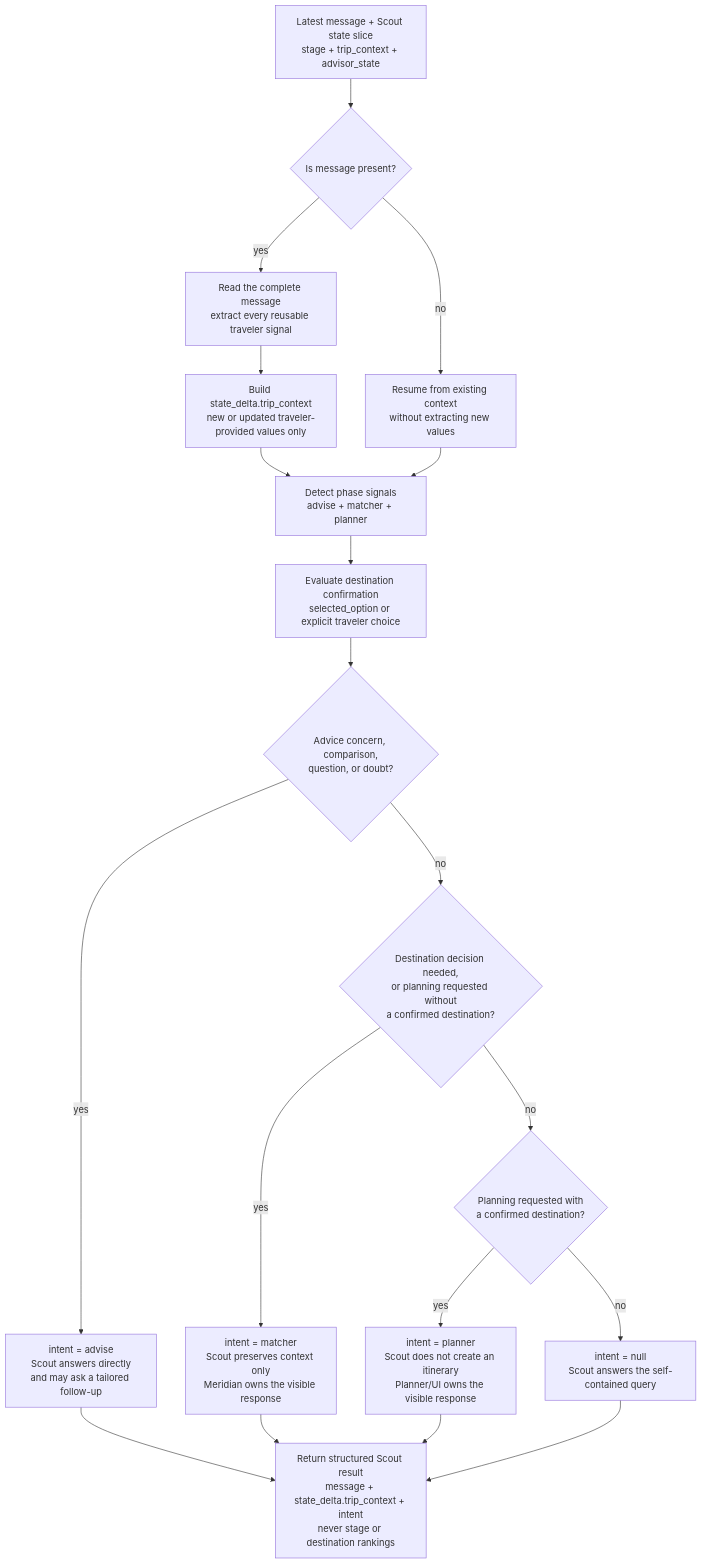
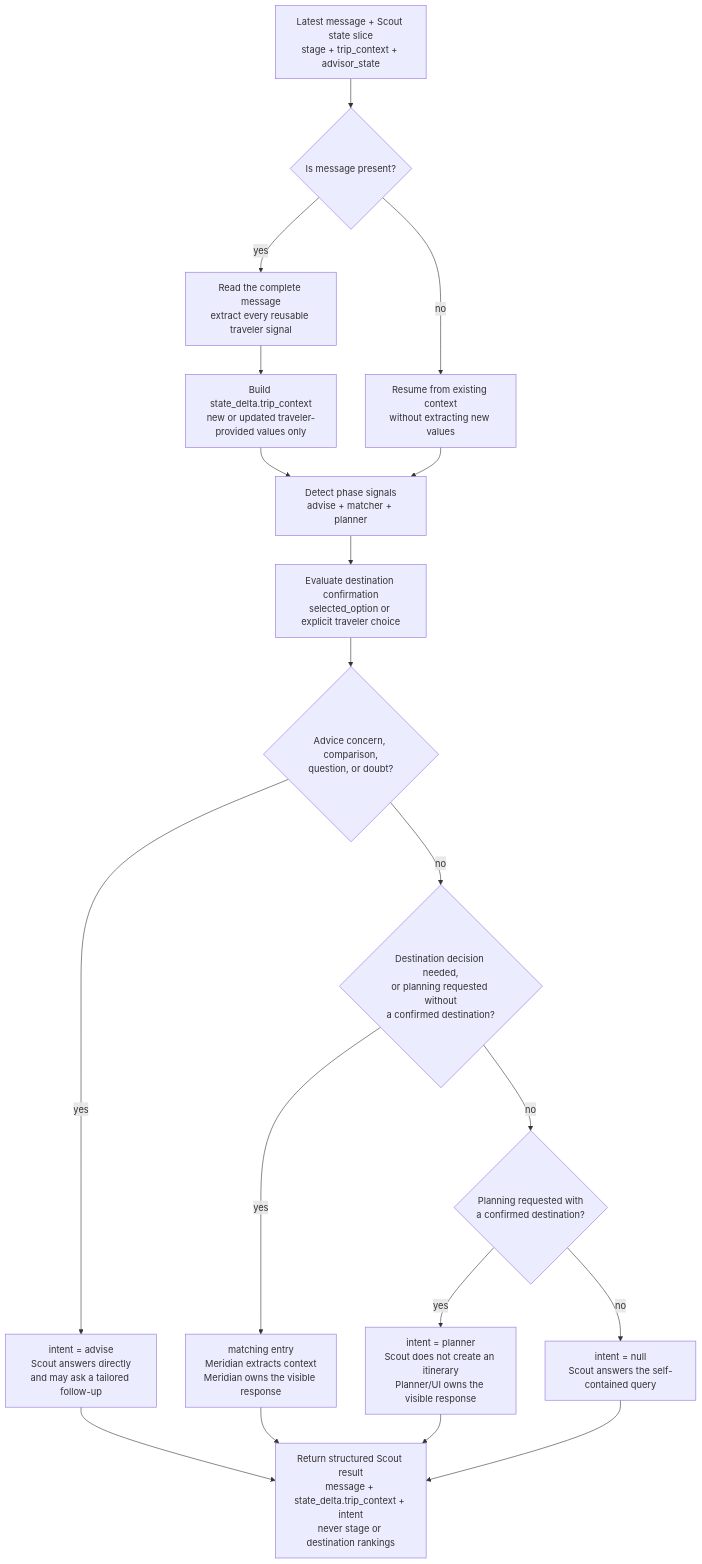
The second of 2 diagrams in README.md (agarwalnaina1496/TWM_Docs), drawn with Mermaid before and after one commit. The commit also changed other lines of this file and 8 other files, not shown here.

````diff
--- a/README.md
+++ b/README.md
@@ -55,30 +55,30 @@
 ```mermaid
 flowchart TB
     Input["Latest message + Scout state slice<br/>stage + trip_context + advisor_state"]
     HasMessage{"Is message present?"}
     Extract["Read the complete message<br/>extract every reusable traveler signal"]
     Delta["Build state_delta.trip_context<br/>new or updated traveler-provided values only"]
     Resume["Resume from existing context<br/>without extracting new values"]
     Detect["Detect phase signals<br/>advise + matcher + planner"]
     Confirm["Evaluate destination confirmation<br/>selected_option or explicit traveler choice"]
     Advice{"Advice concern, comparison,<br/>question, or doubt?"}
     Match{"Destination decision needed,<br/>or planning requested without<br/>a confirmed destination?"}
     Plan{"Planning requested with<br/>a confirmed destination?"}
 
     Advise["intent = advise<br/>Scout answers directly<br/>and may ask a tailored follow-up"]
-    Matcher["intent = matcher<br/>Scout preserves context only<br/>Meridian owns the visible response"]
+    Matcher["matching entry<br/>Meridian extracts context<br/>Meridian owns the visible response"]
     Planner["intent = planner<br/>Scout does not create an itinerary<br/>Planner/UI owns the visible response"]
     Direct["intent = null<br/>Scout answers the self-contained query"]
     Output["Return structured Scout result<br/>message + state_delta.trip_context + intent<br/>never stage or destination rankings"]
 
     Input --> HasMessage
     HasMessage -->|yes| Extract --> Delta --> Detect
     HasMessage -->|no| Resume --> Detect
     Detect --> Confirm --> Advice
     Advice -->|yes| Advise --> Output
     Advice -->|no| Match
     Match -->|yes| Matcher --> Output
     Match -->|no| Plan
     Plan -->|yes| Planner --> Output
     Plan -->|no| Direct --> Output
 ```
````
